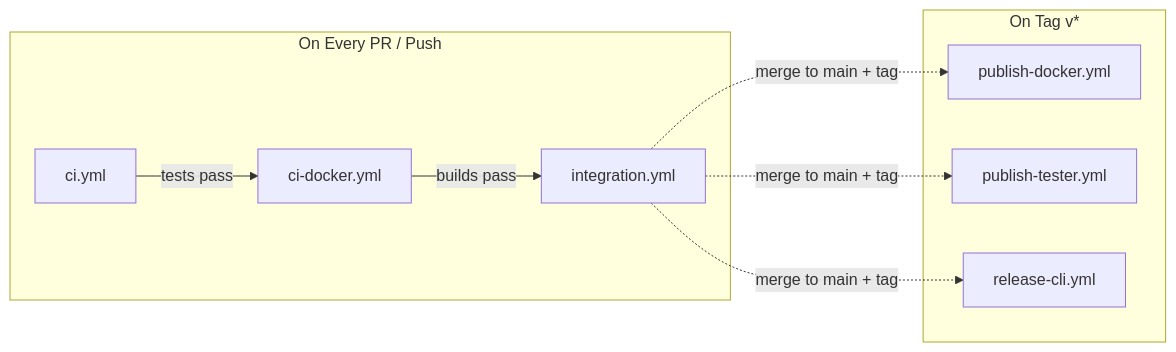
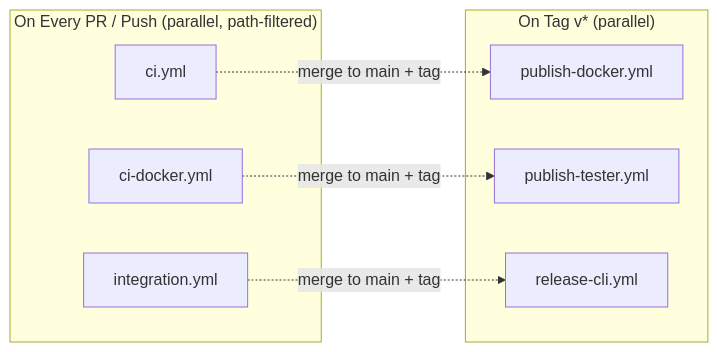
Before and after one commit to actions-marketplace-validations/bmscomp_kates: the second of 2 diagrams in docs/book/appendix-c-cicd.md, drawn with Mermaid. The commit also changed other lines of this file and 23 other files, not shown here.

````diff
--- a/docs/book/appendix-c-cicd.md
+++ b/docs/book/appendix-c-cicd.md
@@ -304,17 +304,18 @@
 ```mermaid
 graph LR
-    subgraph "On Every PR / Push"
-        A[ci.yml] -->|"tests pass"| B[ci-docker.yml]
-        B -->|"builds pass"| C[integration.yml]
+    subgraph "On Every PR / Push (parallel, path-filtered)"
+        A[ci.yml]
+        B[ci-docker.yml]
+        C[integration.yml]
     end
 
-    subgraph "On Tag v*"
+    subgraph "On Tag v* (parallel)"
         D[publish-docker.yml]
         E[publish-tester.yml]
         F[release-cli.yml]
     end
 
-    C -.->|"merge to main + tag"| D
-    C -.->|"merge to main + tag"| E
+    A -.->|"merge to main + tag"| D
+    B -.->|"merge to main + tag"| E
     C -.->|"merge to main + tag"| F
 ```
````
